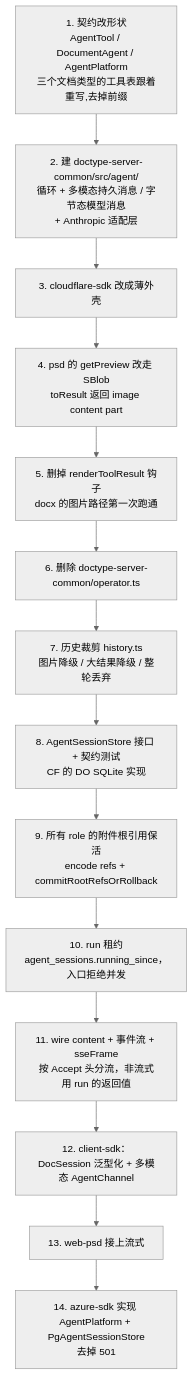
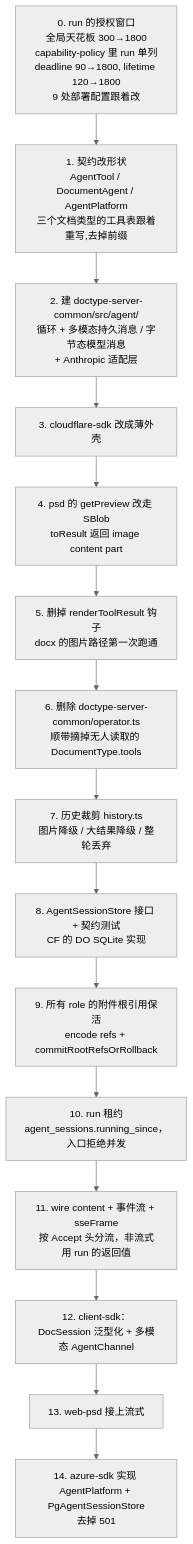
Before and after one commit to shazhou-ww/unidocs: diagram 19 of 19 in docs/superpowers/specs/2026-08-26-agent-sdk-design.md, drawn with Mermaid (neutral theme). The commit also changed other lines of this file, not shown here.

First line of the commit message:
docs(agent-sdk): 对齐 main 577f402,并定下 run 的授权窗口

````diff
--- a/docs/superpowers/specs/2026-08-26-agent-sdk-design.md
+++ b/docs/superpowers/specs/2026-08-26-agent-sdk-design.md
@@ -1883,16 +2089,17 @@
 ```mermaid
 flowchart TB
+    S0["0. run 的授权窗口<br/>全局天花板 300→1800<br/>capability-policy 里 run 单列<br/>deadline 90→1800, lifetime 120→1800<br/>9 处部署配置跟着改"] --> S1
     S1["1. 契约改形状<br/>AgentTool / DocumentAgent / AgentPlatform<br/>三个文档类型的工具表跟着重写,去掉前缀"] --> S2["2. 建 doctype-server-common/src/agent/<br/>循环 + 多模态持久消息 / 字节态模型消息<br/>+ Anthropic 适配层"]
     S2 --> S2b["3. cloudflare-sdk 改成薄外壳"]
     S2b --> S3["4. psd 的 getPreview 改走 SBlob<br/>toResult 返回 image content part"]
     S3 --> S4["5. 删掉 renderToolResult 钩子<br/>docx 的图片路径第一次跑通"]
-    S4 --> S5["6. 删除 doctype-server-common/operator.ts"]
+    S4 --> S5["6. 删除 doctype-server-common/operator.ts<br/>顺带摘掉无人读取的 DocumentType.tools"]
     S5 --> S6["7. 历史裁剪 history.ts<br/>图片降级 / 大结果降级 / 整轮丢弃"]
     S6 --> S7["8. AgentSessionStore 接口 + 契约测试<br/>CF 的 DO SQLite 实现"]
     S7 --> S8["9. 所有 role 的附件根引用保活<br/>encode refs + commitRootRefsOrRollback"]
     S8 --> S8b["10. run 租约<br/>agent_sessions.running_since，入口拒绝并发"]
     S8b --> S9["11. wire content + 事件流 + sseFrame<br/>按 Accept 头分流，非流式用 run 的返回值"]
     S9 --> S10["12. client-sdk：DocSession 泛型化 + 多模态 AgentChannel"]
     S10 --> S11["13. web-psd 接上流式"]
     S11 --> S12["14. azure-sdk 实现 AgentPlatform + PgAgentSessionStore<br/>去掉 501"]
 ```
````
